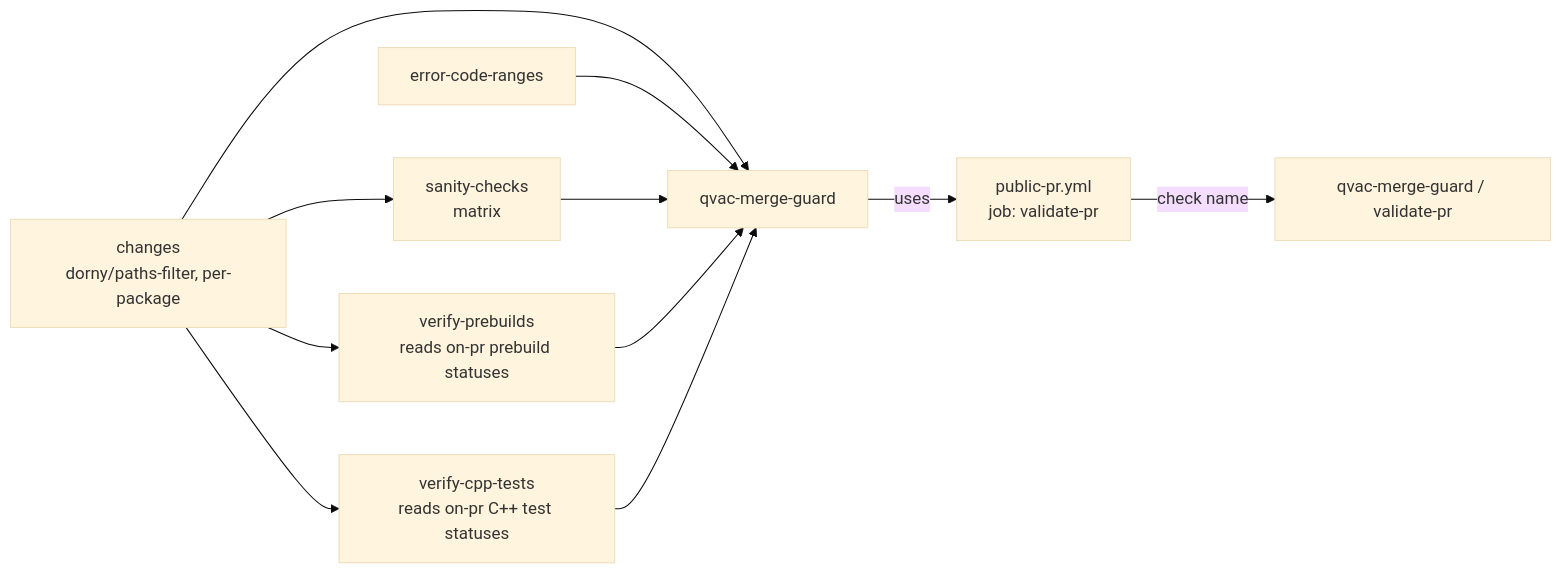
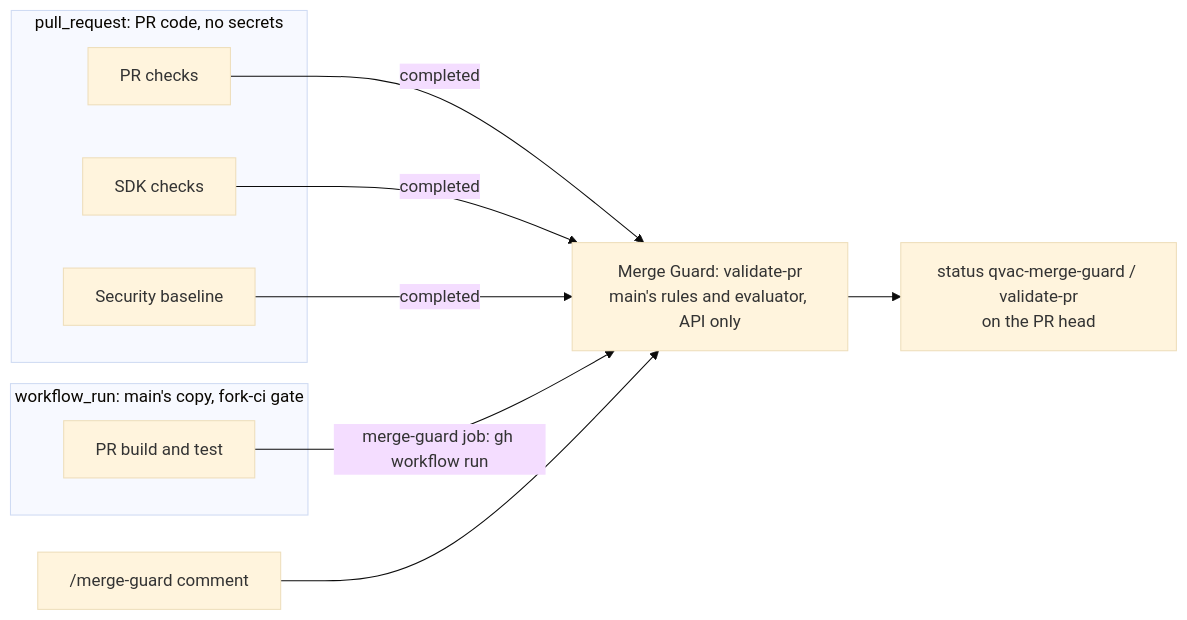
The diagram in docs/ci/MERGE-GUARD.md (tetherto/qvac), drawn with Mermaid (base theme) before and after one commit. The commit also changed other lines of this file and 26 other files, not shown here.

First line of the commit message:
QVAC-26599 infra: rebuild Merge Guard on a rules file evaluated on workflow_run (#5881)

````diff
--- a/docs/ci/MERGE-GUARD.md
+++ b/docs/ci/MERGE-GUARD.md
@@ -27,14 +7,17 @@
 ```mermaid
 flowchart LR
-    CHANGES[changes<br/>dorny/paths-filter, per-package]
-    CHANGES --> SC[sanity-checks<br/>matrix]
-    CHANGES --> VP[verify-prebuilds<br/>reads on-pr prebuild statuses]
-    CHANGES --> VC[verify-cpp-tests<br/>reads on-pr C++ test statuses]
-    CHANGES --> QMG[qvac-merge-guard]
-    ECR[error-code-ranges] --> QMG
-    SC --> QMG
-    VP --> QMG
-    VC --> QMG
-    QMG -->|uses| PP[public-pr.yml<br/>job: validate-pr]
-    PP -->|check name| CHK["qvac-merge-guard / validate-pr"]
+  subgraph PR["pull_request: PR code, no secrets"]
+    PC[PR checks]
+    SC[SDK checks]
+    SB[Security baseline]
+  end
+  subgraph WR["workflow_run: main's copy, fork-ci gate"]
+    BT[PR build and test]
+  end
+  PC -- completed --> G
+  SC -- completed --> G
+  SB -- completed --> G
+  BT -- "merge-guard job: gh workflow run" --> G
+  C["/merge-guard comment"] --> G
+  G["Merge Guard: validate-pr<br/>main's rules and evaluator, API only"] --> S["status qvac-merge-guard / validate-pr<br/>on the PR head"]
 ```
````
